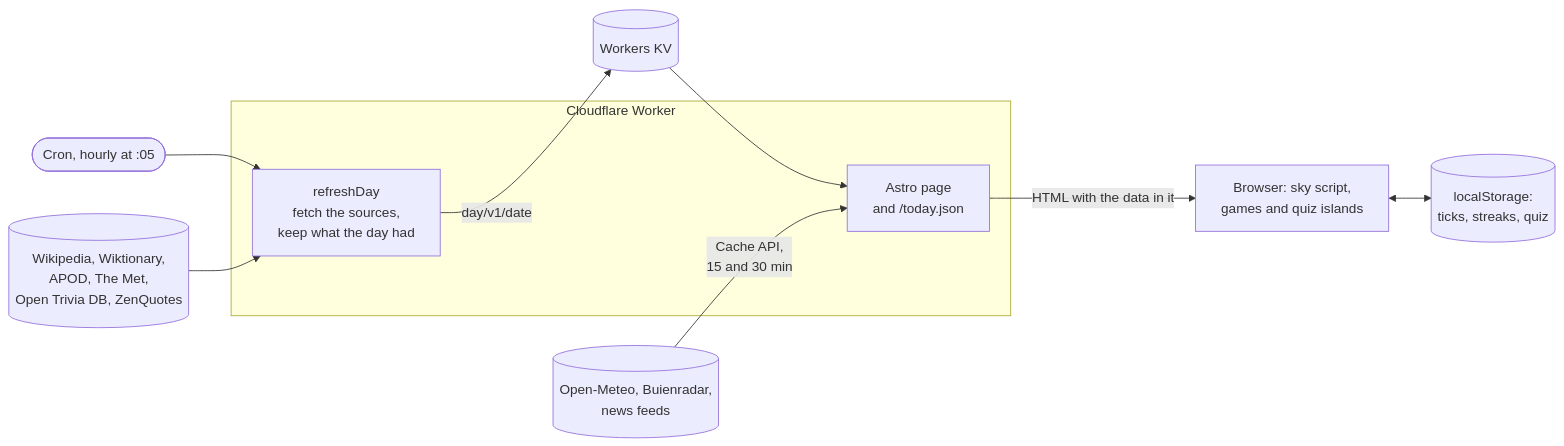
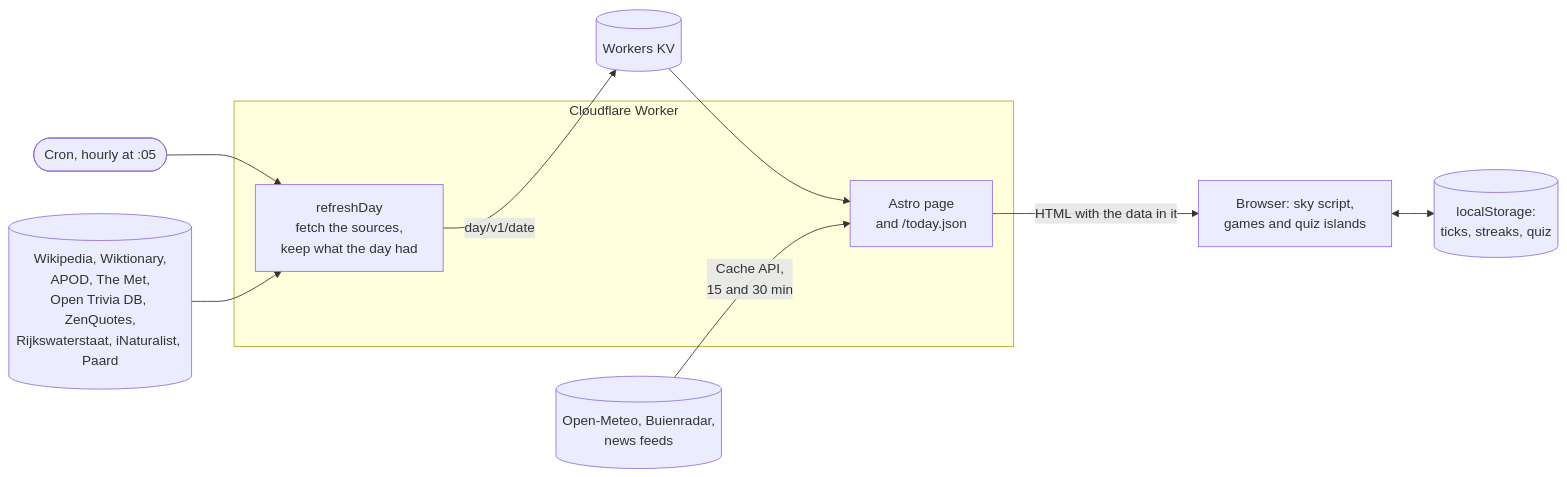
The diagram in README.md (simonvanlierde/duinlab-today), drawn with Mermaid before and after one commit. The commit also changed other lines of this file and 21 other files, not shown here.

````diff
--- a/README.md
+++ b/README.md
@@ -11,14 +11,14 @@
 ```mermaid
 flowchart LR
   cron(["Cron, hourly at :05"]) --> build
   subgraph worker["Cloudflare Worker"]
     build["refreshDay<br/>fetch the sources,<br/>keep what the day had"]
     page["Astro page<br/>and /today.json"]
   end
-  sources[("Wikipedia, Wiktionary,<br/>APOD, The Met,<br/>Open Trivia DB, ZenQuotes")] --> build
+  sources[("Wikipedia, Wiktionary,<br/>APOD, The Met,<br/>Open Trivia DB, ZenQuotes,<br/>Rijkswaterstaat, iNaturalist, Paard")] --> build
   build -- "day/v1/date" --> kv[("Workers KV")]
   kv --> page
   live[("Open-Meteo, Buienradar,<br/>news feeds")] -- "Cache API,<br/>15 and 30 min" --> page
   page -- "HTML with the data in it" --> browser["Browser: sky script,<br/>games and quiz islands"]
   browser <--> ls[("localStorage:<br/>ticks, streaks, quiz")]
 ```
````
